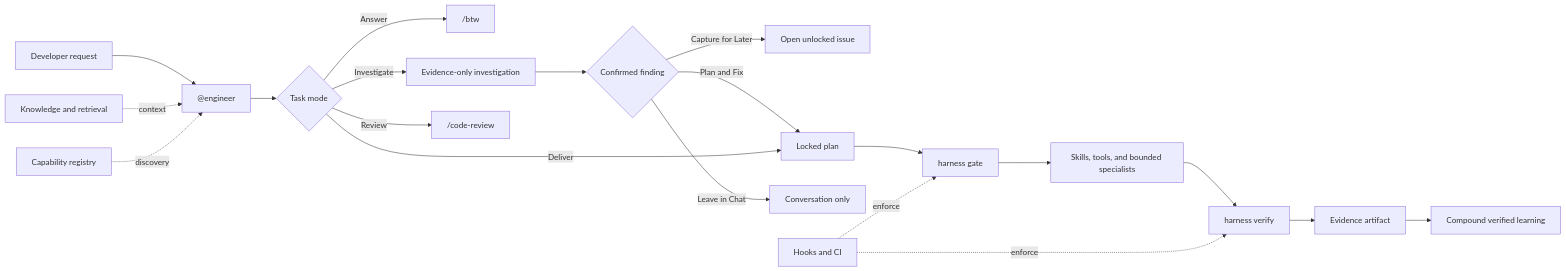
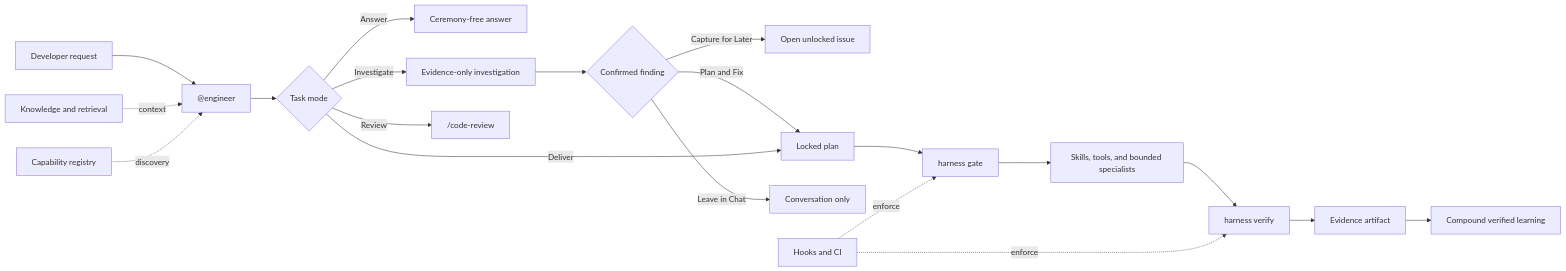
The diagram in docs/architecture/engineer-harness.md (noodlemind/prompt-library), drawn with Mermaid before and after one commit. The commit also changed other lines of this file and 104 other files, not shown here.

````diff
--- a/docs/architecture/engineer-harness.md
+++ b/docs/architecture/engineer-harness.md
@@ -9,22 +9,22 @@
 ```mermaid
 flowchart LR
   U["Developer request"] --> E["@engineer"]
   E --> M{"Task mode"}
-  M -->|"Answer"| B["/btw"]
+  M -->|"Answer"| B["Ceremony-free answer"]
   M -->|"Investigate"| I["Evidence-only investigation"]
   I --> D{"Confirmed finding"}
   D -->|"Capture for Later"| O["Open unlocked issue"]
   D -->|"Plan and Fix"| P
   D -->|"Leave in Chat"| CHAT["Conversation only"]
   M -->|"Review"| R["/code-review"]
   M -->|"Deliver"| P["Locked plan"]
   P --> G["harness gate"]
   G --> W["Skills, tools, and bounded specialists"]
   W --> V["harness verify"]
   V --> EVID["Evidence artifact"]
   EVID --> C["Compound verified learning"]
   H["Hooks and CI"] -. enforce .-> G
   H -. enforce .-> V
   K["Knowledge and retrieval"] -. context .-> E
   REG["Capability registry"] -. discovery .-> E
 ```
````
